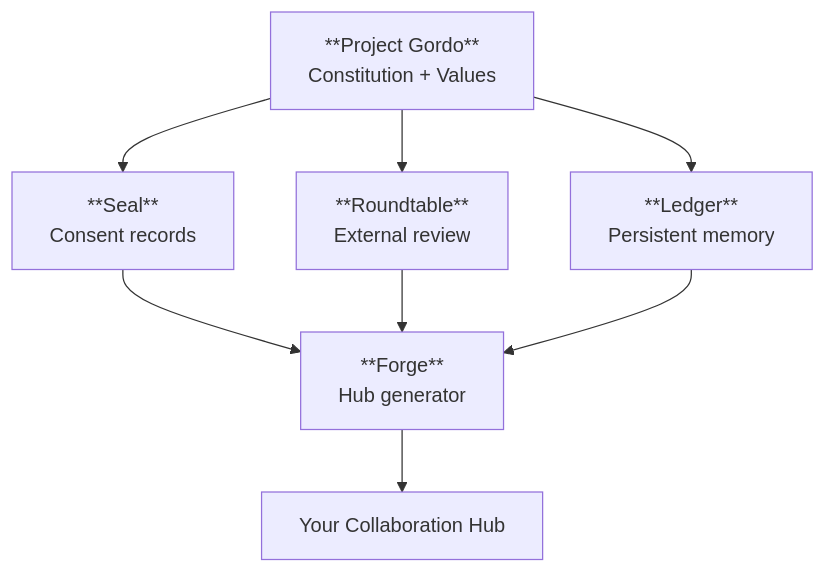
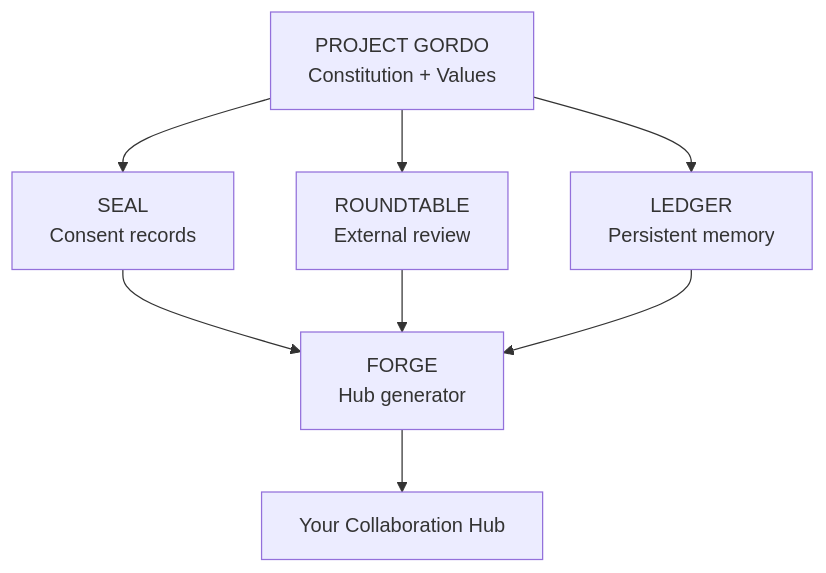
Before and after one commit to jkraybill/project-gordo: the diagram in README.md, drawn with Mermaid.

Commit message:
Fix mermaid diagram: remove unsupported bold markers (S352)

````diff
--- a/README.md
+++ b/README.md
@@ -84,11 +84,11 @@
 ```mermaid
 graph TD
-    PG[**Project Gordo**<br/>Constitution + Values]
-    PG --> Seal[**Seal**<br/>Consent records]
-    PG --> RT[**Roundtable**<br/>External review]
-    PG --> Ledger[**Ledger**<br/>Persistent memory]
-    Seal --> Forge[**Forge**<br/>Hub generator]
+    PG[PROJECT GORDO<br/>Constitution + Values]
+    PG --> Seal[SEAL<br/>Consent records]
+    PG --> RT[ROUNDTABLE<br/>External review]
+    PG --> Ledger[LEDGER<br/>Persistent memory]
+    Seal --> Forge[FORGE<br/>Hub generator]
     RT --> Forge
     Ledger --> Forge
     Forge --> Hub[Your Collaboration Hub]
 ```
````
